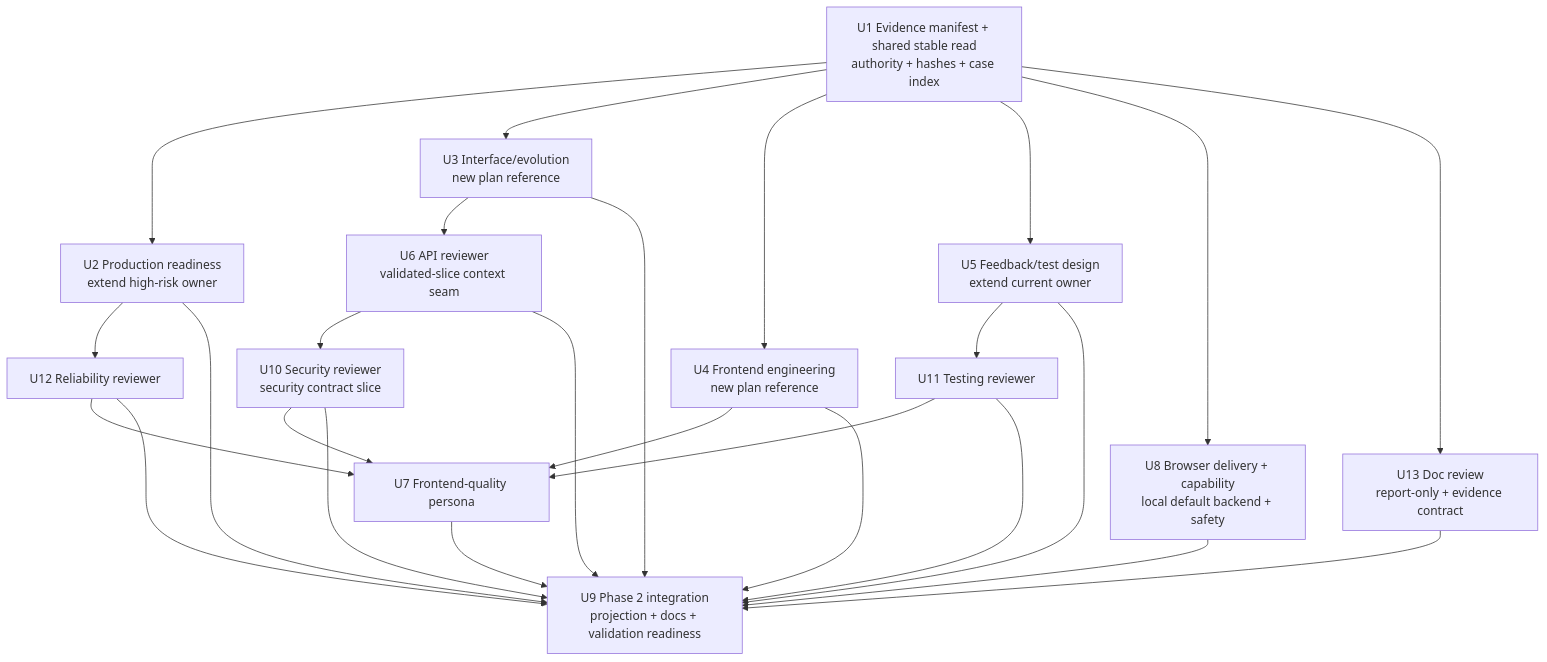
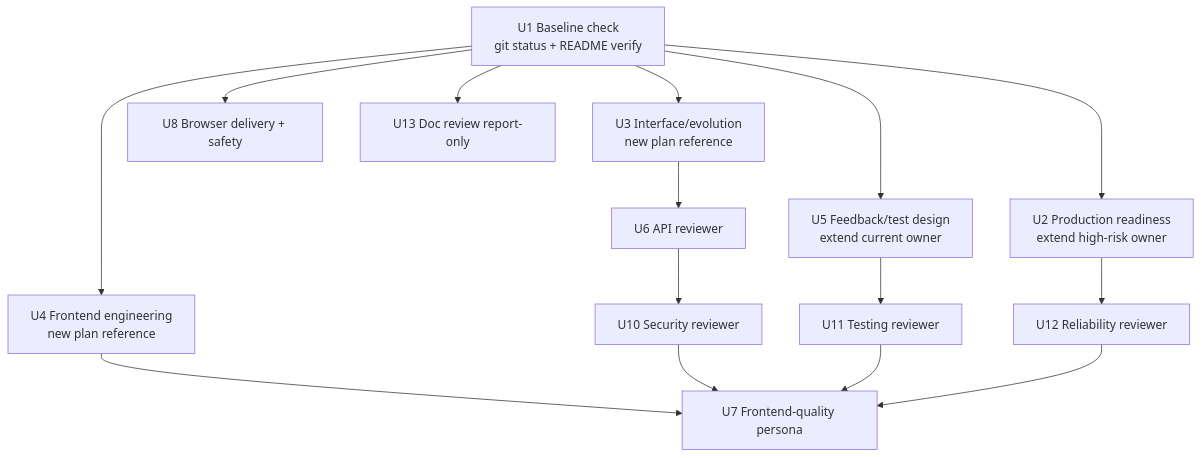
One commit to leo-kuang-ai/spec-first changed the diagram in docs/plans/2026-07-16-002-refactor-agent-skills-capability-integration-plan.md. Above: the diagram before and after it, drawn with Mermaid. The commit also changed other lines of this file and 24 other files, not shown here.

````diff
--- a/docs/plans/2026-07-16-002-refactor-agent-skills-capability-integration-plan.md
+++ b/docs/plans/2026-07-16-002-refactor-agent-skills-capability-integration-plan.md
@@ -253,28 +226,17 @@
 ```mermaid
 flowchart TB
-  A[U1 Evidence manifest + shared stable read<br/>authority + hashes + case index] --> B[U2 Production readiness<br/>extend high-risk owner]
+  A[U1 Baseline check<br/>git status + README verify] --> B[U2 Production readiness<br/>extend high-risk owner]
   A --> C[U3 Interface/evolution<br/>new plan reference]
   A --> D[U4 Frontend engineering<br/>new plan reference]
   A --> E[U5 Feedback/test design<br/>extend current owner]
-  C --> F1[U6 API reviewer<br/>validated-slice context seam]
-  F1 --> F2[U10 Security reviewer<br/>security contract slice]
+  C --> F1[U6 API reviewer]
+  F1 --> F2[U10 Security reviewer]
   E --> F3[U11 Testing reviewer]
   B --> F4[U12 Reliability reviewer]
   D --> G[U7 Frontend-quality persona]
   F2 --> G
   F3 --> G
   F4 --> G
-  A --> H[U8 Browser delivery + capability<br/>local default backend + safety]
-  A --> J[U13 Doc review<br/>report-only + evidence contract]
-  B --> I[U9 Phase 2 integration<br/>projection + docs + validation readiness]
-  C --> I
-  D --> I
-  E --> I
-  F1 --> I
-  F2 --> I
-  F3 --> I
-  F4 --> I
-  G --> I
-  H --> I
-  J --> I
+  A --> H[U8 Browser delivery + safety]
+  A --> J[U13 Doc review report-only]
 ```
````
